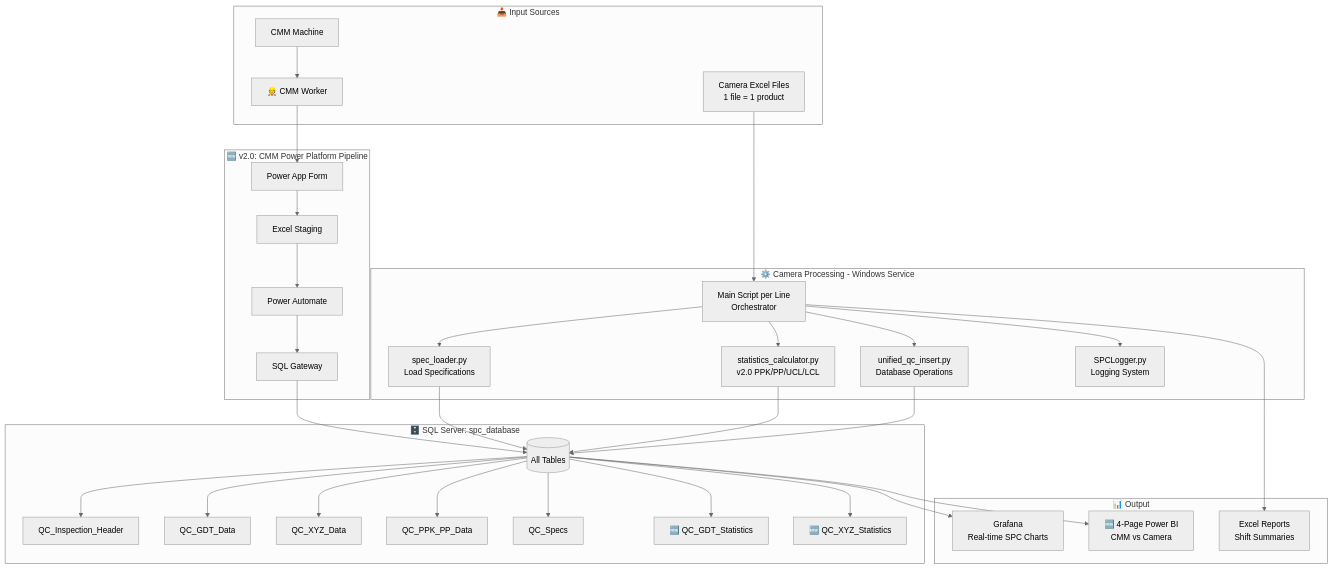
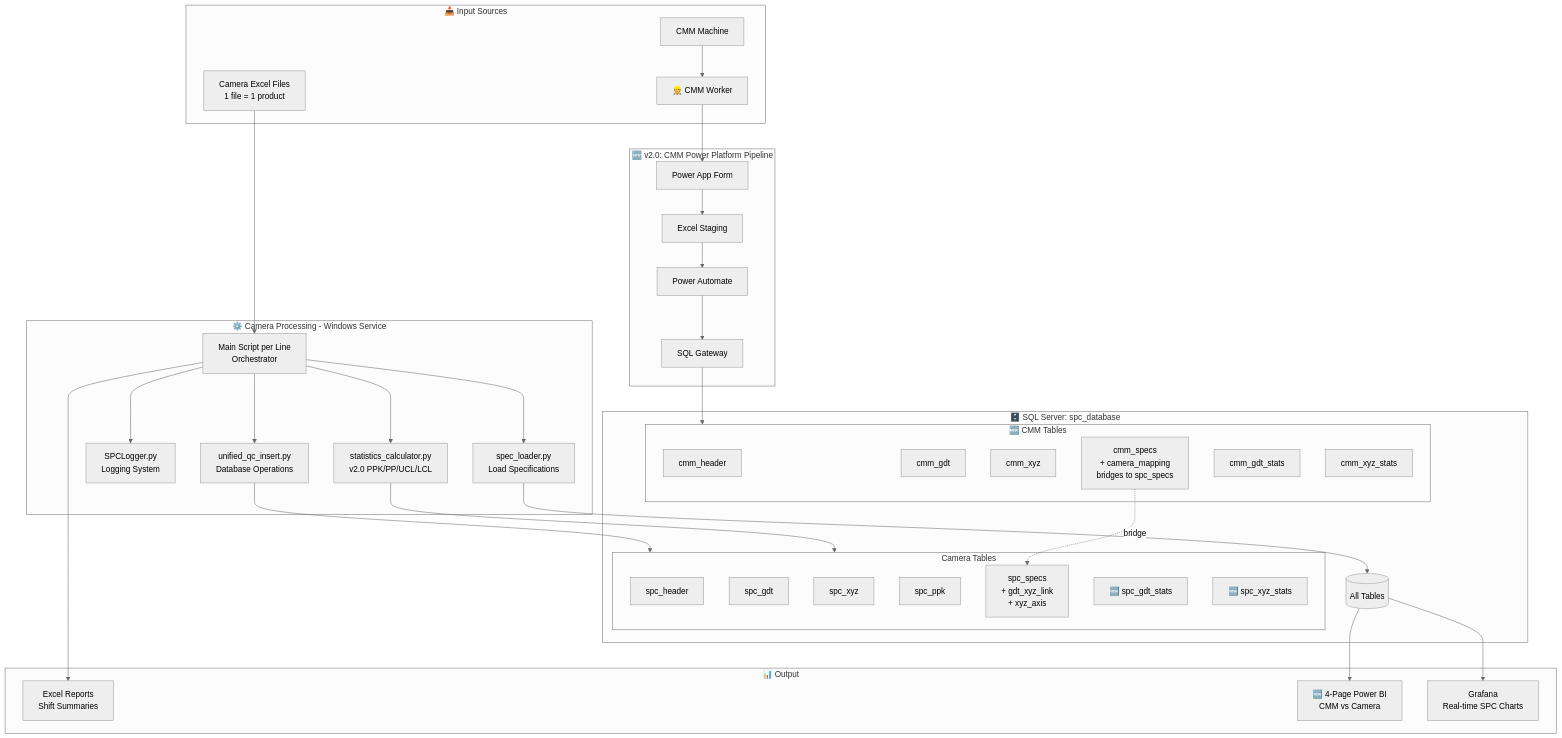
One commit to KSangmuang/SPC-Dashboard changed the fifth of 12 diagrams in README.md. Above: the diagram before and after it, drawn with Mermaid (neutral theme). The commit also changed other lines of this file, not shown here.

First line of the commit message:
Revise SQL table structure and add CMM features

````diff
--- a/README.md
+++ b/README.md
@@ -320,66 +329,70 @@
 ```mermaid
 flowchart TB
     subgraph INPUT["📥 Input Sources"]
         CMM_MACHINE[CMM Machine]
         EXCEL[Camera Excel Files<br/>1 file = 1 product]
         WORKER[👷 CMM Worker]
     end
 
     subgraph CMM_PIPELINE["🆕 v2.0: CMM Power Platform Pipeline"]
         APP[Power App Form]
         STAGING[Excel Staging]
         AUTO[Power Automate]
         GATEWAY[SQL Gateway]
     end
 
     subgraph PROCESS["⚙️ Camera Processing - Windows Service"]
         MAIN[Main Script per Line<br/>Orchestrator]
         SPEC[spec_loader.py<br/>Load Specifications]
         STATS[statistics_calculator.py<br/>v2.0 PPK/PP/UCL/LCL]
         QC[unified_qc_insert.py<br/>Database Operations]
         LOG[SPCLogger.py<br/>Logging System]
     end
 
     subgraph DATABASE["🗄️ SQL Server: spc_database"]
         DB[(All Tables)]
-        HEADER[QC_Inspection_Header]
-        GDT[QC_GDT_Data]
-        XYZ[QC_XYZ_Data]
-        PPKDB[QC_PPK_PP_Data]
-        SPECS[QC_Specs]
-        GDT_STATS[🆕 QC_GDT_Statistics]
-        XYZ_STATS[🆕 QC_XYZ_Statistics]
+        subgraph CAMERA_TABLES["Camera Tables"]
+            HEADER[spc_header]
+            GDT[spc_gdt]
+            XYZ[spc_xyz]
+            PPKDB[spc_ppk]
+            SPECS[spc_specs<br/>+ gdt_xyz_link<br/>+ xyz_axis]
+            GDT_STATS[🆕 spc_gdt_stats]
+            XYZ_STATS[🆕 spc_xyz_stats]
+        end
+        subgraph CMM_TABLES["🆕 CMM Tables"]
+            CMM_HEADER[cmm_header]
+            CMM_GDT[cmm_gdt]
+            CMM_XYZ[cmm_xyz]
+            CMM_SPECS[cmm_specs<br/>+ camera_mapping<br/>bridges to spc_specs]
+            CMM_GDT_STATS[cmm_gdt_stats]
+            CMM_XYZ_STATS[cmm_xyz_stats]
+        end
+        CMM_SPECS -.bridge.-> SPECS
     end
 
     subgraph OUTPUT["📊 Output"]
         GRAFANA[Grafana<br/>Real-time SPC Charts]
         POWERBI[🆕 4-Page Power BI<br/>CMM vs Camera]
         EXCELO[Excel Reports<br/>Shift Summaries]
     end
 
     CMM_MACHINE --> WORKER
     WORKER --> APP
     APP --> STAGING
     STAGING --> AUTO
     AUTO --> GATEWAY
-    GATEWAY --> DB
+    GATEWAY --> CMM_TABLES
 
     EXCEL --> MAIN
     MAIN --> SPEC
     MAIN --> STATS
     MAIN --> QC
     MAIN --> LOG
     SPEC --> DB
-    STATS --> DB
-    QC --> DB
-    DB --> HEADER
-    DB --> GDT
-    DB --> XYZ
-    DB --> PPKDB
-    DB --> SPECS
-    DB --> GDT_STATS
-    DB --> XYZ_STATS
+    STATS --> CAMERA_TABLES
+    QC --> CAMERA_TABLES
     DB --> GRAFANA
     DB --> POWERBI
     MAIN --> EXCELO
 ```
````
